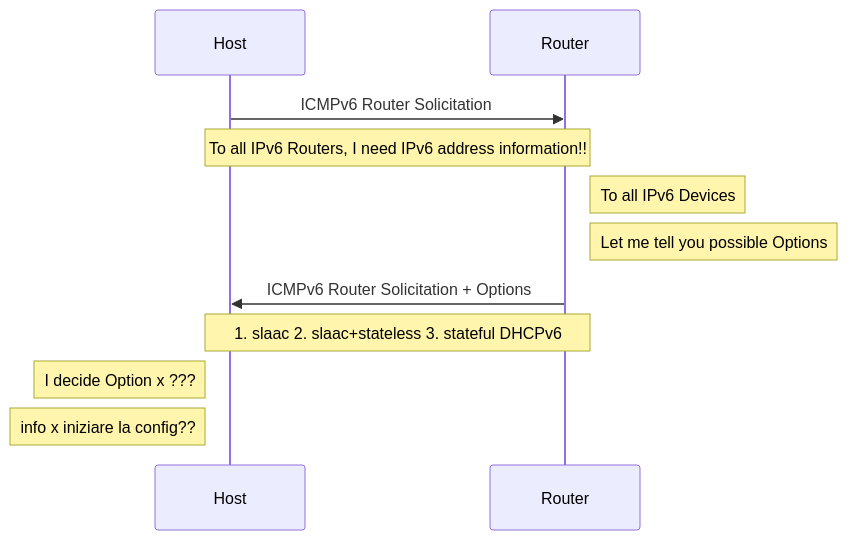
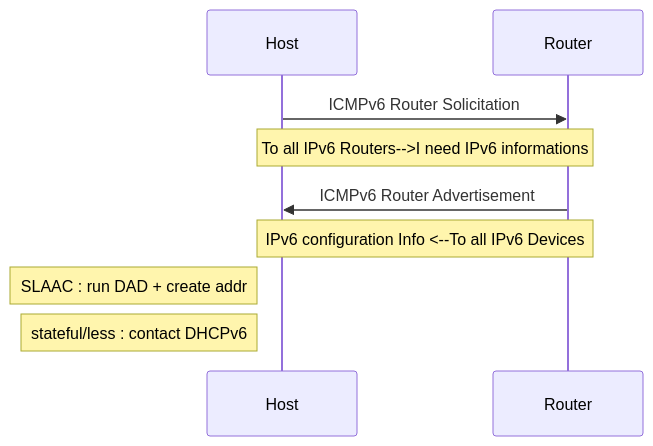
The first of 3 diagrams in IPv6/[2]IPv6 ICMPv6 + NDP + Dyn addr config.md (77Dice/PND_Notes), drawn with Mermaid before and after one commit. The commit also changed other lines of this file, not shown here.

````diff
--- a/IPv6/[2]IPv6 ICMPv6 + NDP + Dyn addr config.md
+++ b/IPv6/[2]IPv6 ICMPv6 + NDP + Dyn addr config.md
@@ -45,13 +48,9 @@
 ```mermaid
 sequenceDiagram
 	Host->>Router: ICMPv6 Router Solicitation
-	note over Host,Router : To all IPv6 Routers, I need IPv6 address information!!
-    Note right of Router: To all IPv6 Devices
-    Note right of Router: Let me tell you possible Options
-	Router->>Host: ICMPv6 Router Solicitation + Options
-	Note over Router,Host: 1. slaac 2. slaac+stateless 3. stateful DHCPv6 
-	Note left of Host: I decide Option x ??? 
-	Note left of Host:  info x iniziare la config?? 
-    
-
+	note over Host,Router : To all IPv6 Routers-->I need IPv6 informations
+	Router->>Host: ICMPv6 Router Advertisement
+	Note over Router,Host: IPv6  configuration Info <--To all IPv6 Devices 
+	Note left of Host: SLAAC : run DAD + create addr
+	Note left of Host: stateful/less : contact DHCPv6
 ```
````
